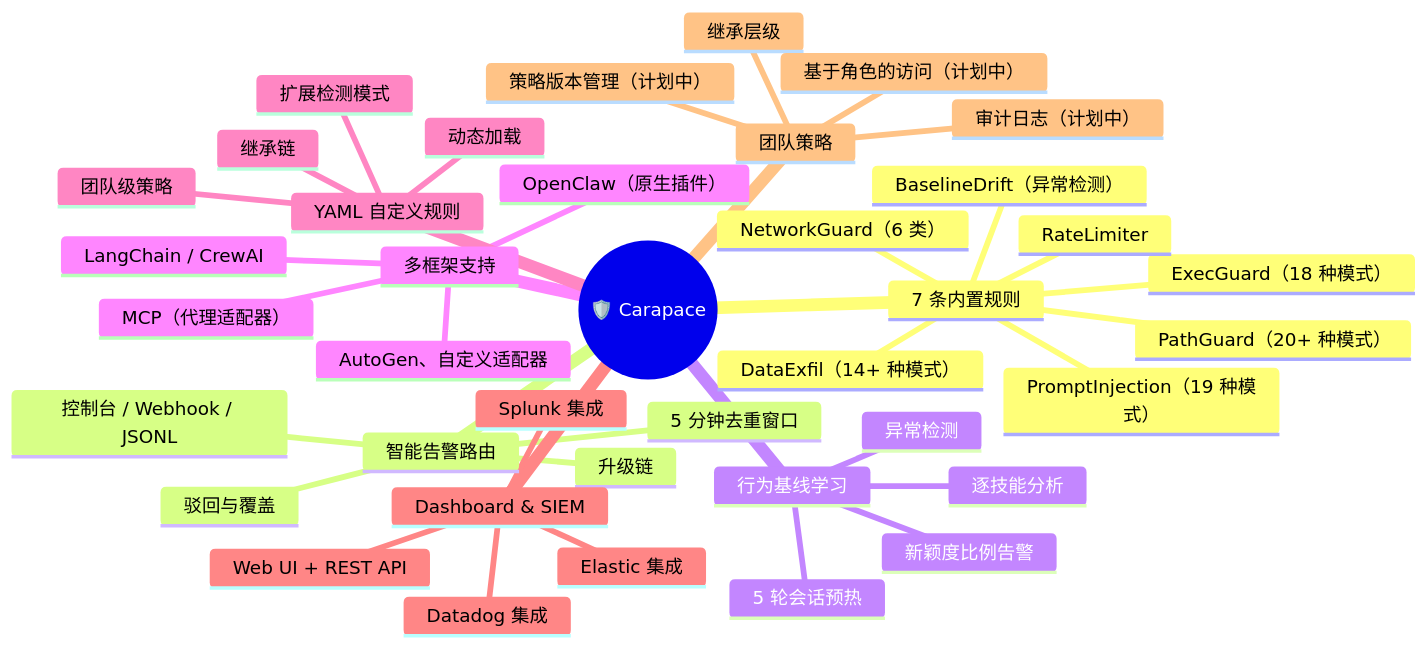
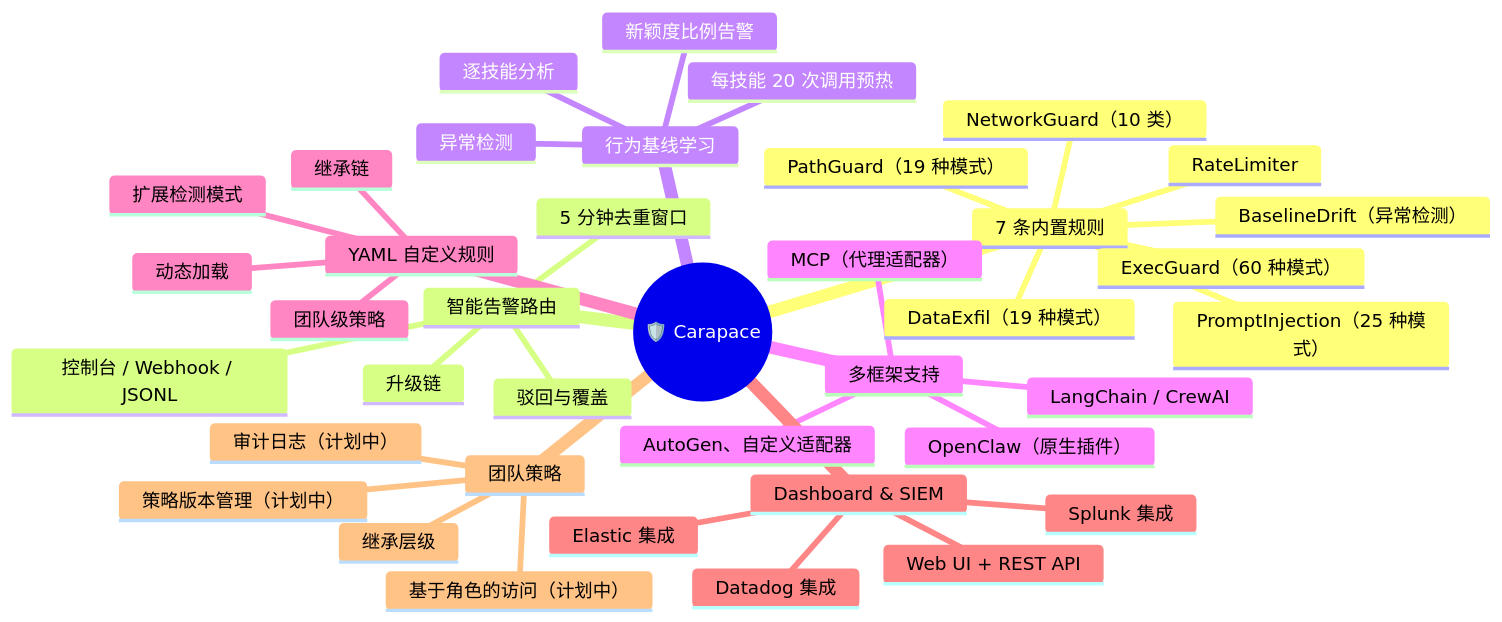
Before and after one commit to yeasy/carapace: the first of 4 diagrams in README.zh-CN.md, drawn with Mermaid. The commit also changed other lines of this file and 1 other file, not shown here.

````diff
--- a/README.zh-CN.md
+++ b/README.zh-CN.md
@@ -69,42 +69,42 @@
 ```mermaid
 mindmap
   root((🛡️ Carapace))
     7 条内置规则
-      ExecGuard（18 种模式）
-      PathGuard（20+ 种模式）
-      NetworkGuard（6 类）
+      ExecGuard（60 种模式）
+      PathGuard（19 种模式）
+      NetworkGuard（10 类）
       RateLimiter
-      PromptInjection（19 种模式）
-      DataExfil（14+ 种模式）
+      PromptInjection（25 种模式）
+      DataExfil（19 种模式）
       BaselineDrift（异常检测）
     智能告警路由
       5 分钟去重窗口
       升级链
       驳回与覆盖
       控制台 / Webhook / JSONL
     行为基线学习
-      5 轮会话预热
+      每技能 20 次调用预热
       逐技能分析
       异常检测
       新颖度比例告警
     多框架支持
       OpenClaw（原生插件）
       MCP（代理适配器）
       LangChain / CrewAI
       AutoGen、自定义适配器
     YAML 自定义规则
       扩展检测模式
       团队级策略
       继承链
       动态加载
     Dashboard & SIEM
       Web UI + REST API
       Splunk 集成
       Elastic 集成
       Datadog 集成
     团队策略
       继承层级
       基于角色的访问（计划中）
       策略版本管理（计划中）
       审计日志（计划中）
 ```
````
